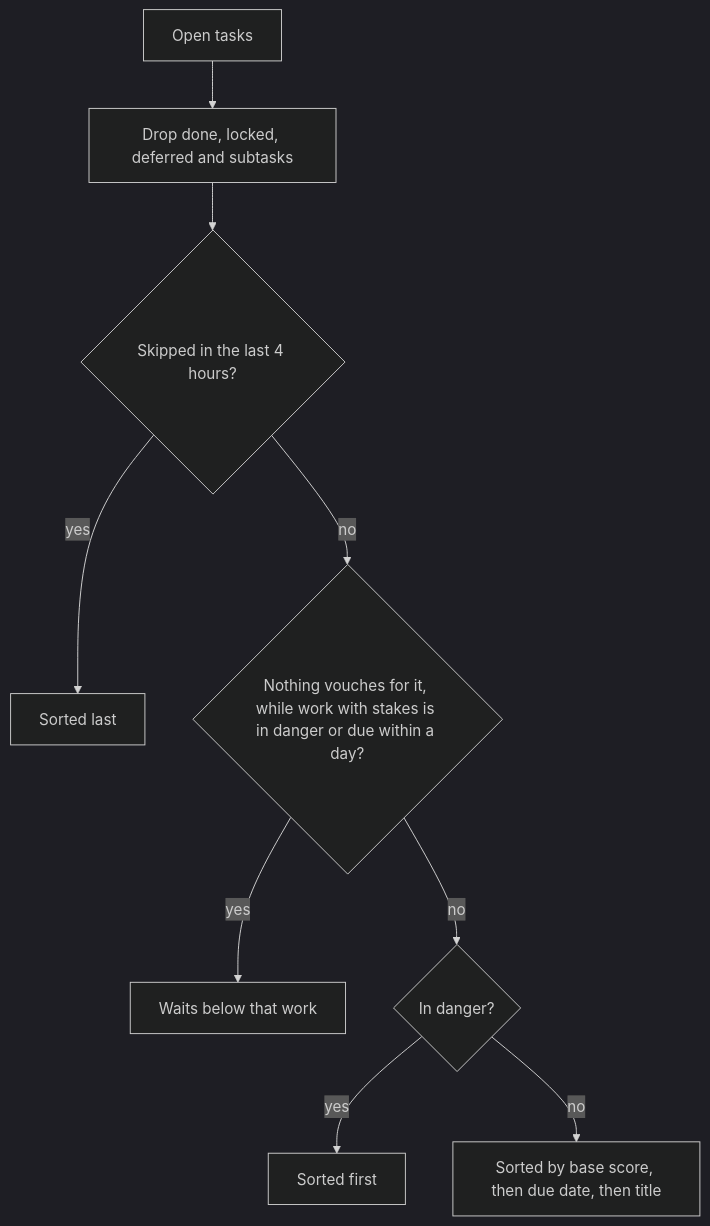
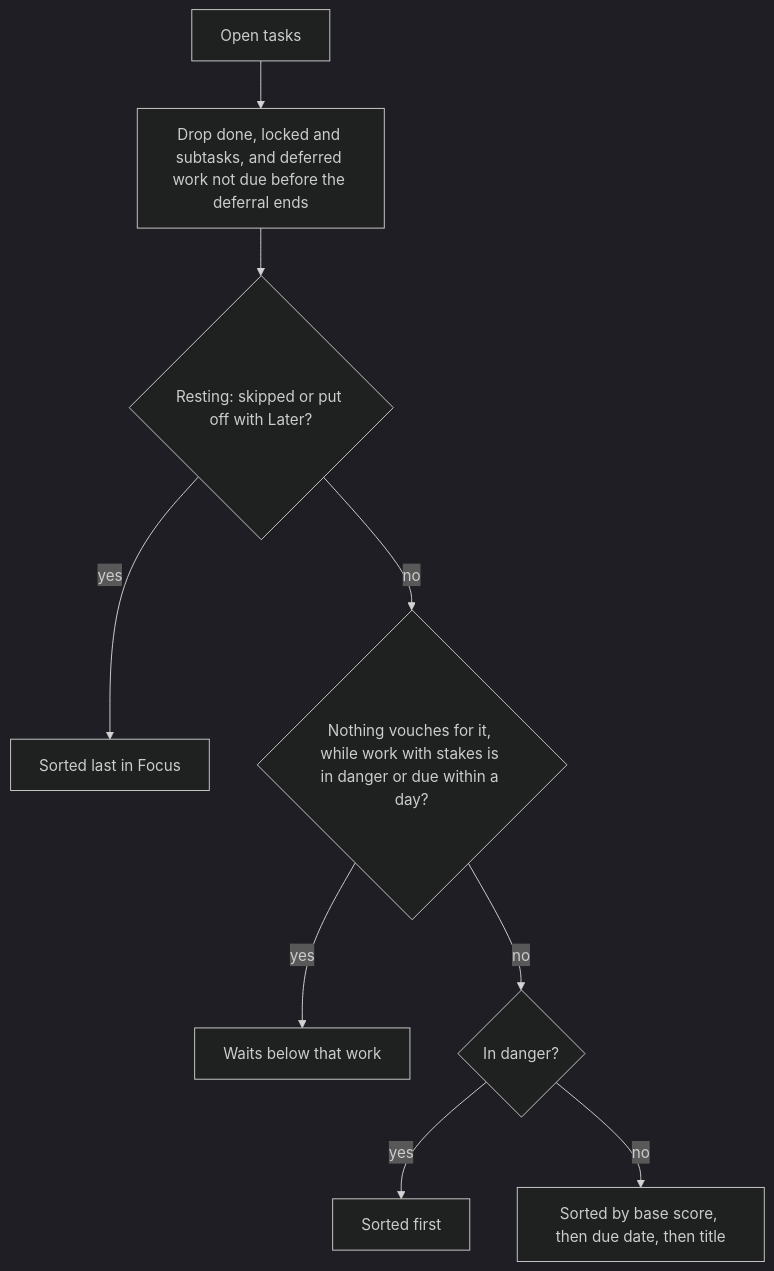
One commit to pockanoodles/sigwald changed the fourth of 5 diagrams in README.md. Above: the diagram before and after it, drawn with Mermaid (dark theme). The commit also changed other lines of this file and 12 other files, not shown here.

First line of the commit message:
fix(focus): Skip and Later never hide work past its deadline; Today lists everything open

````diff
--- a/README.md
+++ b/README.md
@@ -187,11 +187,11 @@
 ```mermaid
 flowchart TD
-    A["Open tasks"] --> B["Drop done, locked, deferred and subtasks"]
-    B --> C{"Skipped in the last 4 hours?"}
-    C -- yes --> Z["Sorted last"]
+    A["Open tasks"] --> B["Drop done, locked and subtasks, and deferred work not due before the deferral ends"]
+    B --> C{"Resting: skipped or put off with Later?"}
+    C -- yes --> Z["Sorted last in Focus"]
     C -- no --> D{"Nothing vouches for it, while work with stakes is in danger or due within a day?"}
     D -- yes --> Y["Waits below that work"]
     D -- no --> E{"In danger?"}
     E -- yes --> X["Sorted first"]
     E -- no --> W["Sorted by base score, then due date, then title"]
 ```
````
